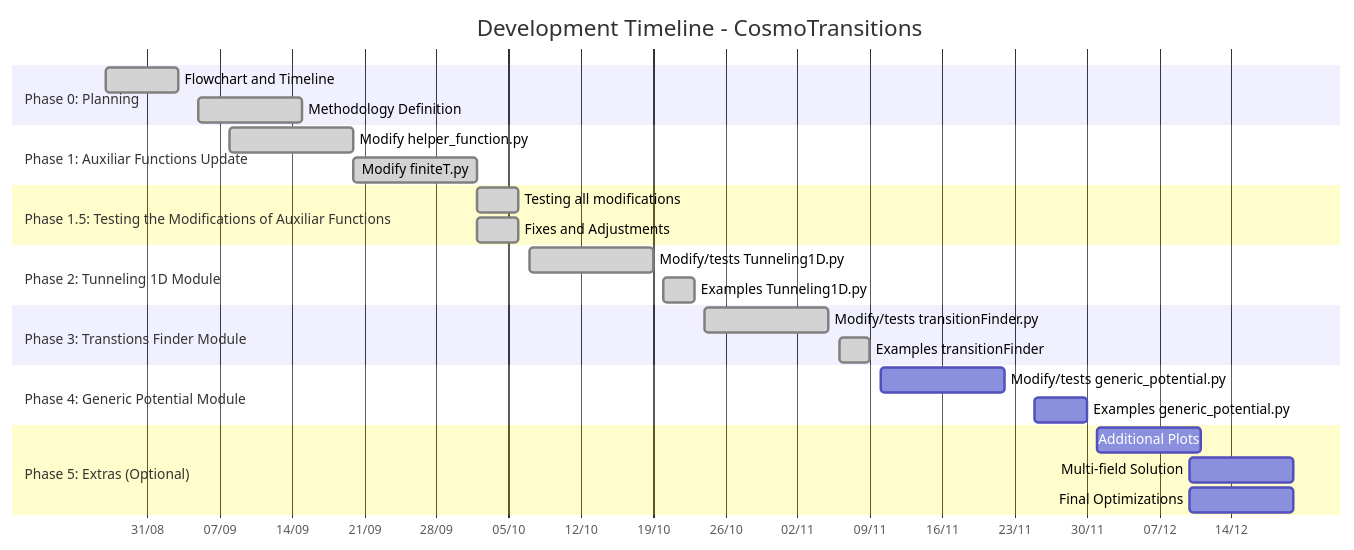
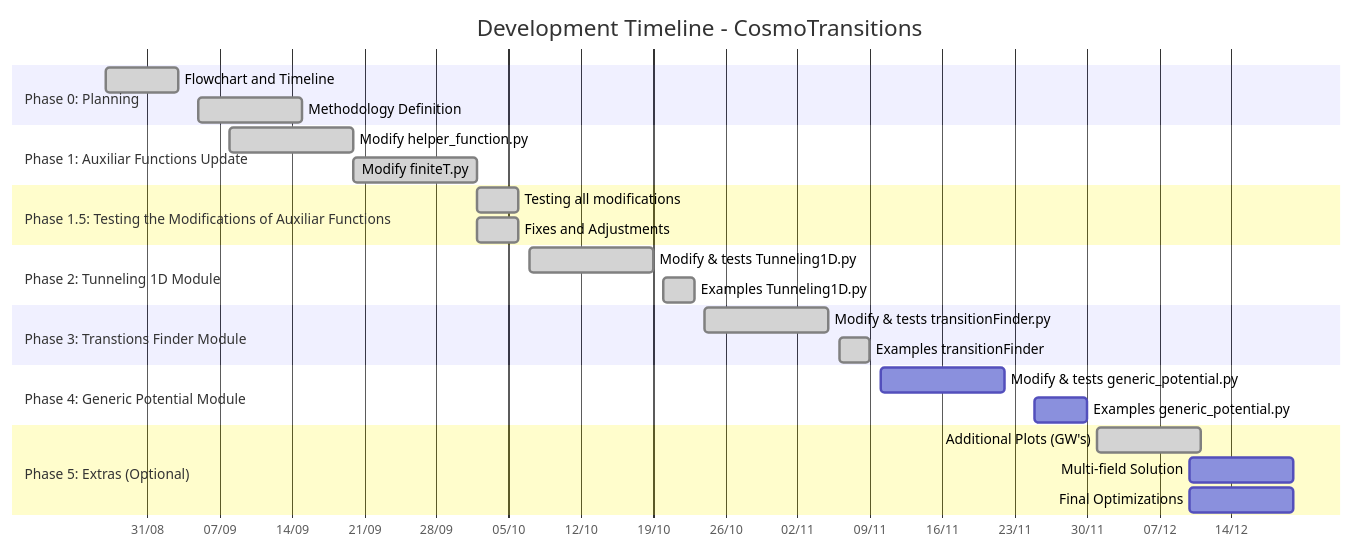
The first of 2 diagrams in docs/roadmap.md (IgorStellet/GW_FOPT_Simulation), drawn with Mermaid before and after one commit. The commit also changed other lines of this file and 30 other files, not shown here.

````diff
--- a/docs/roadmap.md
+++ b/docs/roadmap.md
@@ -26,36 +26,36 @@
 ```mermaid
 gantt
     %%%%%%%%
     title Development Timeline - CosmoTransitions
     dateFormat  YYYY-MM-DD
     axisFormat  %d/%m
     
     section Phase 0: Planning
     Flowchart and Timeline          :done, 2025-08-27, 7d
     Methodology Definition          :done, 2025-09-05, 10d
     
     section Phase 1: Auxiliar Functions Update
     Modify helper_function.py       :done, 2025-09-08, 12d
     Modify finiteT.py               :done, 2025-09-20, 12d
     
     section Phase 1.5: Testing the Modifications of Auxiliar Functions
     Testing all modifications       :done,2025-10-02, 4d
     Fixes and Adjustments           :done,2025-10-02, 4d
     
     section Phase 2: Tunneling 1D Module
-    Modify/tests Tunneling1D.py     :done,2025-10-07, 12d
+    Modify & tests Tunneling1D.py     :done,2025-10-07, 12d
     Examples Tunneling1D.py         :done,2025-10-20, 3d
     
     section Phase 3: Transtions Finder Module
-    Modify/tests transitionFinder.py :done,2025-10-24, 12d      
+    Modify & tests transitionFinder.py :done,2025-10-24, 12d      
     Examples transitionFinder        :done,2025-11-06, 3d
     
     section Phase 4: Generic Potential Module
-    Modify/tests generic_potential.py  :2025-11-10, 12d
+    Modify & tests generic_potential.py  :2025-11-10, 12d
     Examples generic_potential.py      :2025-11-25, 5d
     
     section Phase 5: Extras (Optional)
-    Additional Plots                :2025-12-01, 10d
+    Additional Plots (GW's)            :done, 2025-12-01, 10d
     Multi-field Solution            :2025-12-10, 10d
     Final Optimizations             :2025-12-10, 10d
 ```
````
